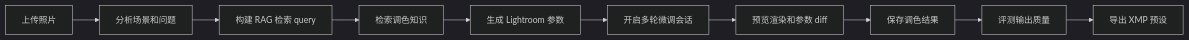
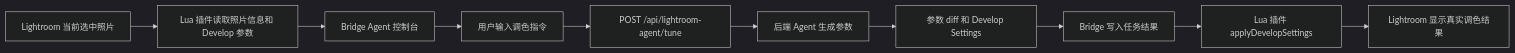
One commit to malchinee255/TonePilot changed the first of 4 diagrams in docs/architecture.md. Above: the diagram before and after it, drawn with Mermaid (dark theme). The commit also changed other lines of this file and 64 other files, not shown here.

````diff
--- a/docs/architecture.md
+++ b/docs/architecture.md
@@ -9,12 +14,12 @@
 ```mermaid
 flowchart LR
-  A["上传照片"] --> B["分析场景和问题"]
-  B --> C["构建 RAG 检索 query"]
-  C --> D["检索调色知识"]
-  D --> E["生成 Lightroom 参数"]
-  E --> F["开启多轮微调会话"]
-  F --> G["预览渲染和参数 diff"]
-  G --> H["保存调色结果"]
-  H --> I["评测输出质量"]
-  I --> J["导出 XMP 预设"]
+  A["Lightroom 当前选中照片"] --> B["Lua 插件读取照片信息和 Develop 参数"]
+  B --> C["Bridge Agent 控制台"]
+  C --> D["用户输入调色指令"]
+  D --> E["POST /api/lightroom-agent/tune"]
+  E --> F["后端 Agent 生成参数"]
+  F --> G["参数 diff 和 Develop Settings"]
+  G --> H["Bridge 写入任务结果"]
+  H --> I["Lua 插件 applyDevelopSettings"]
+  I --> J["Lightroom 显示真实调色结果"]
 ```
````
